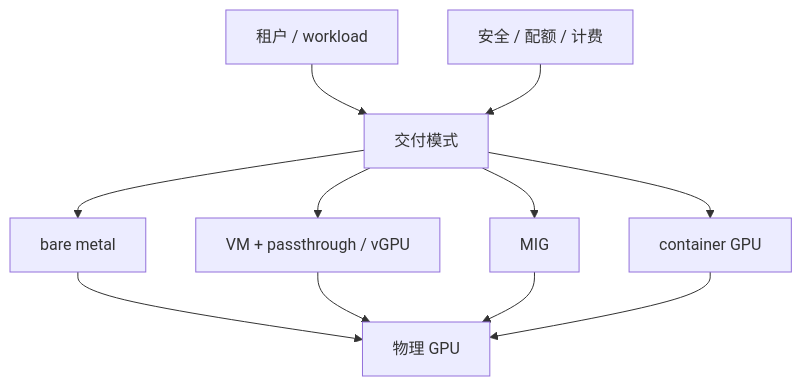
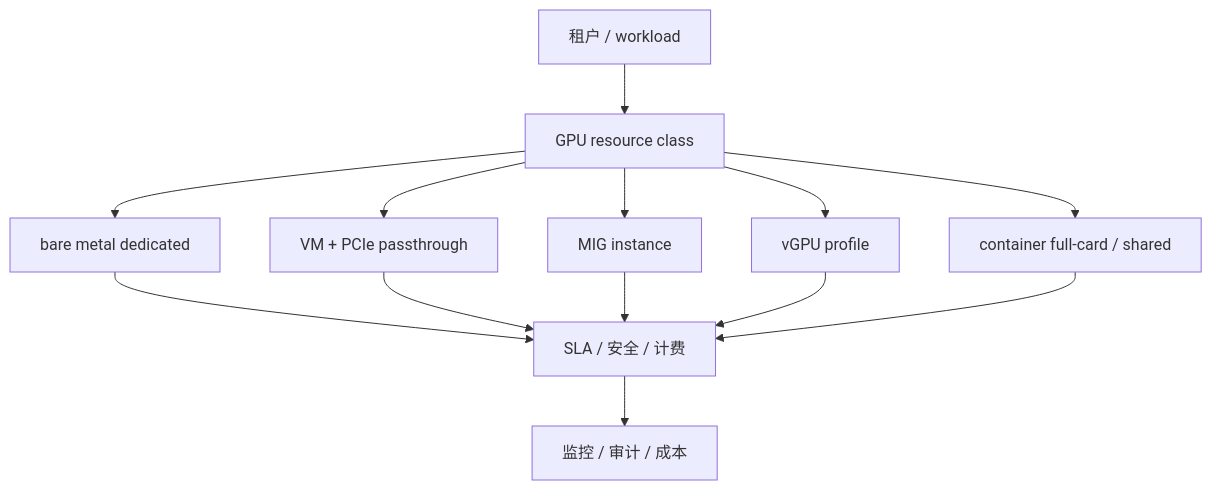
One commit to ikingye/ai-factory-engineering changed the diagram in docs/part-06-gpu-iaas/chapter-27-gpu-virtualization-isolation.md. Above: the diagram before and after it, drawn with Mermaid. The commit also changed other lines of this file and 3 other files, not shown here.

````diff
--- a/docs/part-06-gpu-iaas/chapter-27-gpu-virtualization-isolation.md
+++ b/docs/part-06-gpu-iaas/chapter-27-gpu-virtualization-isolation.md
@@ -23,13 +49,15 @@
 ```mermaid
 flowchart TB
-  Tenant["租户 / workload"] --> Mode["交付模式"]
-  Mode --> BM["bare metal"]
-  Mode --> VM["VM + passthrough / vGPU"]
-  Mode --> MIG["MIG"]
-  Mode --> Container["container GPU"]
-  BM --> GPU["物理 GPU"]
-  VM --> GPU
-  MIG --> GPU
-  Container --> GPU
-  Policy["安全 / 配额 / 计费"] --> Mode
+  Tenant["租户 / workload"] --> Class["GPU resource class"]
+  Class --> BM["bare metal dedicated"]
+  Class --> VM["VM + PCIe passthrough"]
+  Class --> MIG["MIG instance"]
+  Class --> VGPU["vGPU profile"]
+  Class --> Container["container full-card / shared"]
+  BM --> Policy["SLA / 安全 / 计费"]
+  VM --> Policy
+  MIG --> Policy
+  VGPU --> Policy
+  Container --> Policy
+  Policy --> Monitor["监控 / 审计 / 成本"]
 ```
````
